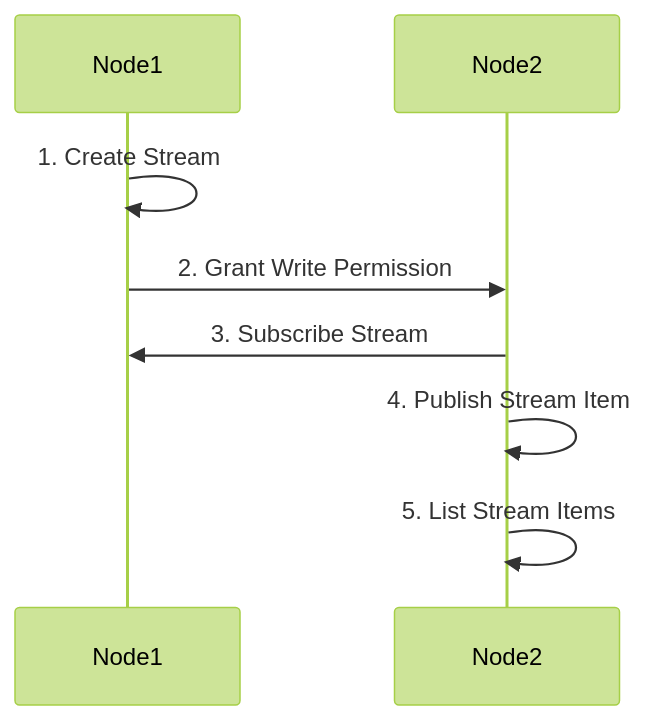
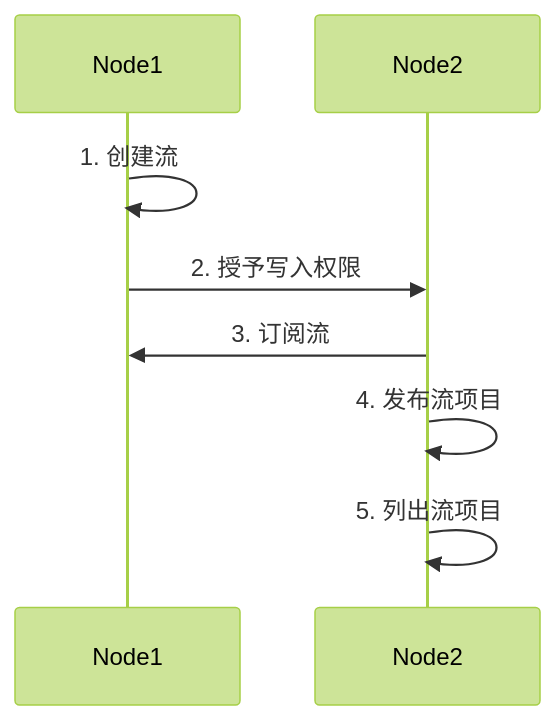
The first of 2 diagrams in day-6/18-multichain/f-multichain-streams.md/README.md (RoyLai-InfoCorp/fin556), drawn with Mermaid (forest theme) before and after one commit. The commit also changed other lines of this file and 23 other files, not shown here.

````diff
--- a/day-6/18-multichain/f-multichain-streams.md/README.md
+++ b/day-6/18-multichain/f-multichain-streams.md/README.md
@@ -7,11 +7,11 @@
 ```mermaid
 sequenceDiagram
   participant Node1 as Node1
   participant Node2 as Node2
 
-  Node1->>Node1: 1. Create Stream
-  Node1->>Node2: 2. Grant Write Permission
-  Node2->>Node1: 3. Subscribe Stream
-  Node2->>Node2: 4. Publish Stream Item
-  Node2->>Node2: 5. List Stream Items
+  Node1->>Node1: 1. 创建流
+  Node1->>Node2: 2. 授予写入权限
+  Node2->>Node1: 3. 订阅流
+  Node2->>Node2: 4. 发布流项目
+  Node2->>Node2: 5. 列出流项目
 ```
````
